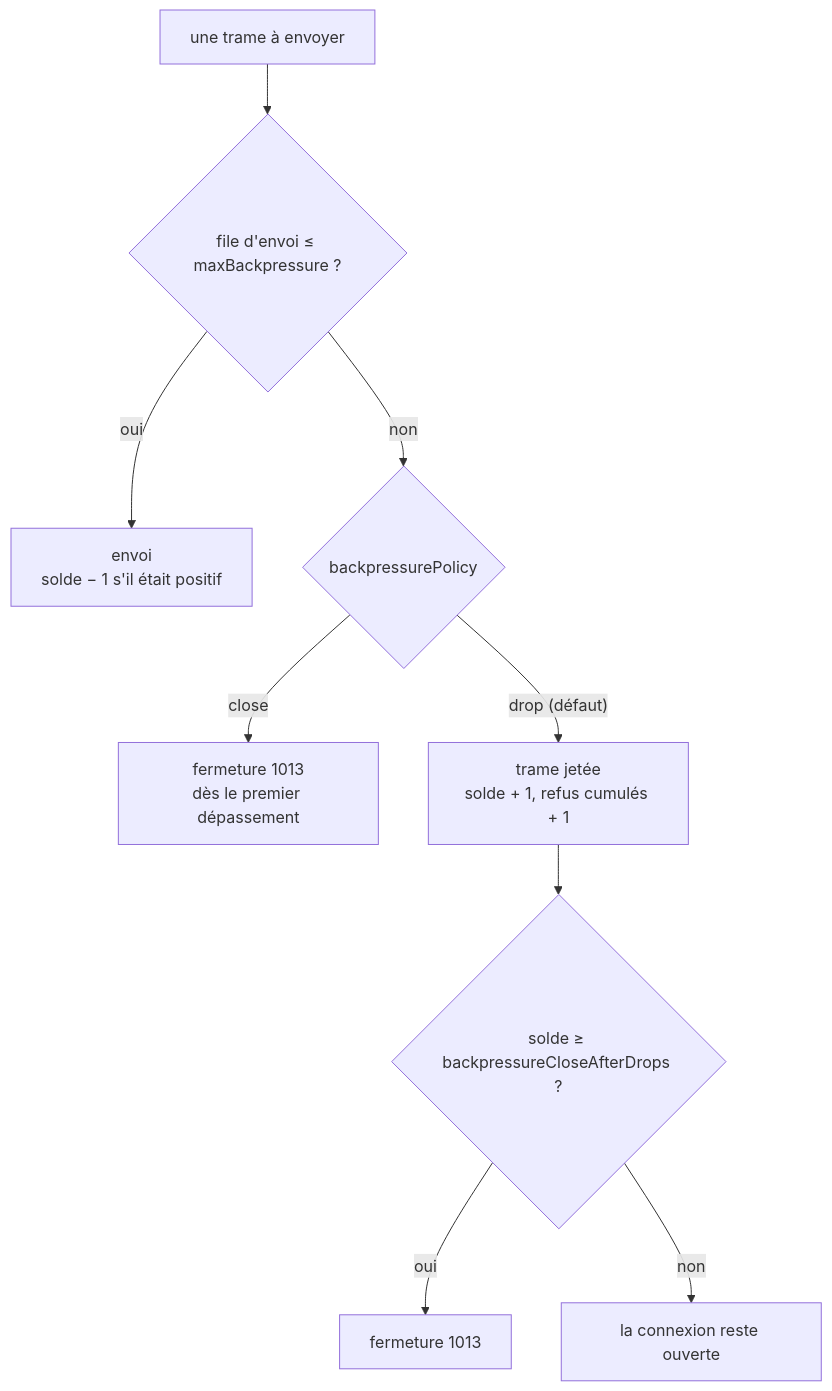
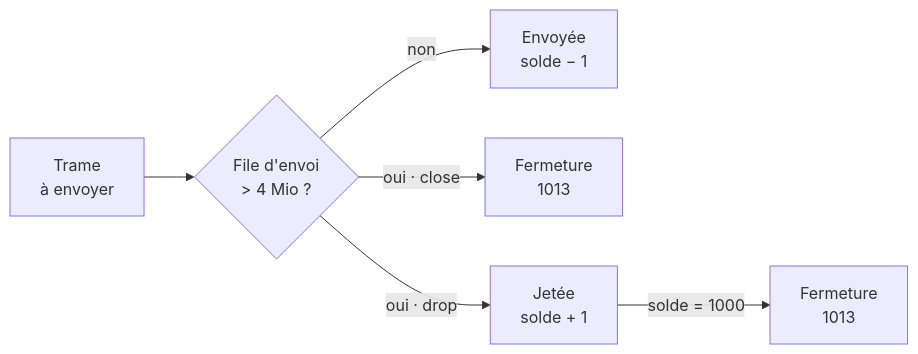
The fifth of 8 diagrams in src/packages/@nodefony/realtime/docs/cadence-et-contre-pression.md (nodefony/nodefony-core), drawn with Mermaid before and after one commit. The commit also changed other lines of this file and 2 other files, not shown here.

````diff
--- a/src/packages/@nodefony/realtime/docs/cadence-et-contre-pression.md
+++ b/src/packages/@nodefony/realtime/docs/cadence-et-contre-pression.md
@@ -384,11 +404,8 @@
 ```mermaid
-flowchart TB
-  F["une trame à envoyer"] --> Q{"file d'envoi ≤ maxBackpressure ?"}
-  Q -->|"oui"| S["envoi<br/>solde − 1 s'il était positif"]
-  Q -->|"non"| P{"backpressurePolicy"}
-  P -->|"close"| C1["fermeture 1013<br/>dès le premier dépassement"]
-  P -->|"drop (défaut)"| D["trame jetée<br/>solde + 1, refus cumulés + 1"]
-  D --> N{"solde ≥ backpressureCloseAfterDrops ?"}
-  N -->|"oui"| C2["fermeture 1013"]
-  N -->|"non"| R["la connexion reste ouverte"]
+flowchart LR
+  F["Trame<br/>à envoyer"] --> Q{"File d'envoi<br/>> 4 Mio ?"}
+  Q -->|"non"| S["Envoyée<br/>solde − 1"]
+  Q -->|"oui · close"| C1["Fermeture<br/>1013"]
+  Q -->|"oui · drop"| D["Jetée<br/>solde + 1"]
+  D -->|"solde = 1000"| C2["Fermeture<br/>1013"]
 ```
````
